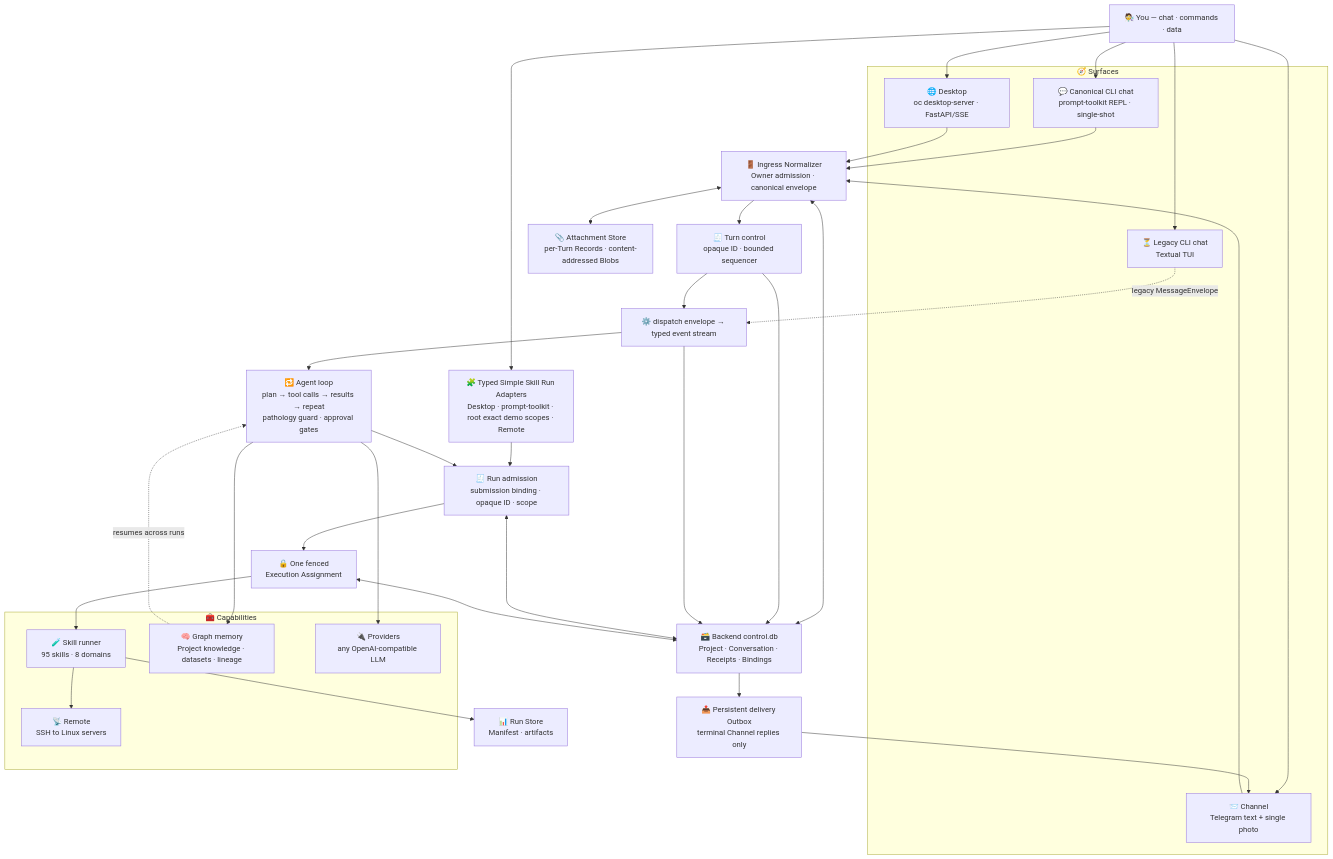
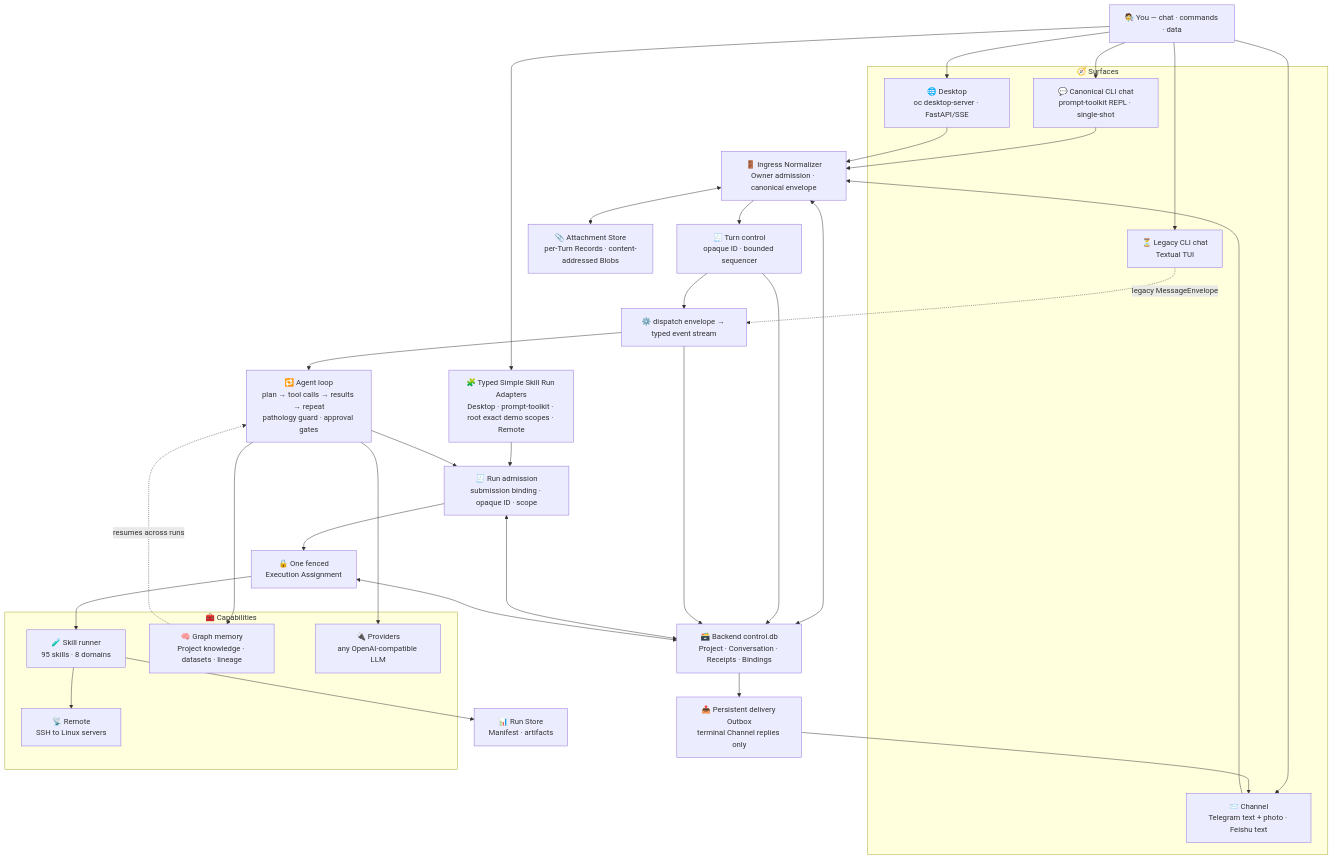
One commit to zhou-1314/OmicsClaw changed the diagram in README.md. Above: the diagram before and after it, drawn with Mermaid. The commit also changed other lines of this file and 7 other files, not shown here.

````diff
--- a/README.md
+++ b/README.md
@@ -133,53 +133,53 @@
 ```mermaid
 flowchart TD
     U["🧑‍🔬 You — chat · commands · data"]
 
     subgraph Surfaces["🧭 Surfaces"]
         PCLI["💬 Canonical CLI chat<br/>prompt-toolkit REPL · single-shot"]
         TUI["⏳ Legacy CLI chat<br/>Textual TUI"]
         DESK["🌐 Desktop<br/>oc desktop-server · FastAPI/SSE"]
-        CHAN["📨 Channel<br/>Telegram text + single photo"]
+        CHAN["📨 Channel<br/>Telegram text + photo · Feishu text"]
     end
 
     INGRESS["🚪 Ingress Normalizer<br/>Owner admission · canonical envelope"]
     CONTROL["🗃️ Backend control.db<br/>Project · Conversation · Receipts · Bindings"]
     ATTACH["📎 Attachment Store<br/>per-Turn Records · content-addressed Blobs"]
     OUTBOX["📤 Persistent delivery Outbox<br/>terminal Channel replies only"]
     TURN["🧾 Turn control<br/>opaque ID · bounded sequencer"]
     RUNADAPTERS["🧩 Typed Simple Skill Run Adapters<br/>Desktop · prompt-toolkit · root exact demo scopes · Remote"]
     RUNADM["🧾 Run admission<br/>submission binding · opaque ID · scope"]
     ASSIGN["🔒 One fenced<br/>Execution Assignment"]
     DISPATCH["⚙️ dispatch envelope → typed event stream"]
     LOOP["🔁 Agent loop<br/>plan → tool calls → results → repeat<br/>pathology guard · approval gates"]
 
     subgraph Capabilities["🧰 Capabilities"]
         SKILLS["🧪 Skill runner<br/>95 skills · 8 domains"]
         MEMORY["🧠 Graph memory<br/>Project knowledge · datasets · lineage"]
         PROV["🔌 Providers<br/>any OpenAI-compatible LLM"]
         REMOTE["📡 Remote<br/>SSH to Linux servers"]
     end
 
     OUT["📊 Run Store<br/>Manifest · artifacts"]
 
     U --> PCLI & TUI & DESK & CHAN & RUNADAPTERS
     PCLI & DESK & CHAN --> INGRESS
     TUI -. legacy MessageEnvelope .-> DISPATCH
     RUNADAPTERS --> RUNADM
     INGRESS <--> CONTROL
     INGRESS <--> ATTACH
     INGRESS --> TURN
     TURN --> CONTROL
     TURN --> DISPATCH
     DISPATCH --> CONTROL
     CONTROL --> OUTBOX
     OUTBOX --> CHAN
     DISPATCH --> LOOP
     LOOP --> RUNADM & MEMORY & PROV
     RUNADM <--> CONTROL
     RUNADM --> ASSIGN
     ASSIGN <--> CONTROL
     ASSIGN --> SKILLS
     SKILLS --> REMOTE
     SKILLS --> OUT
     MEMORY -. resumes across runs .-> LOOP
 ```
````
